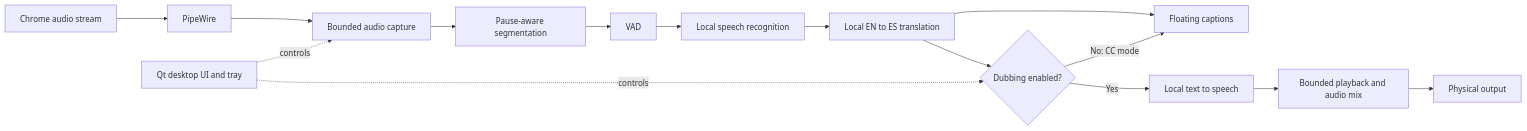
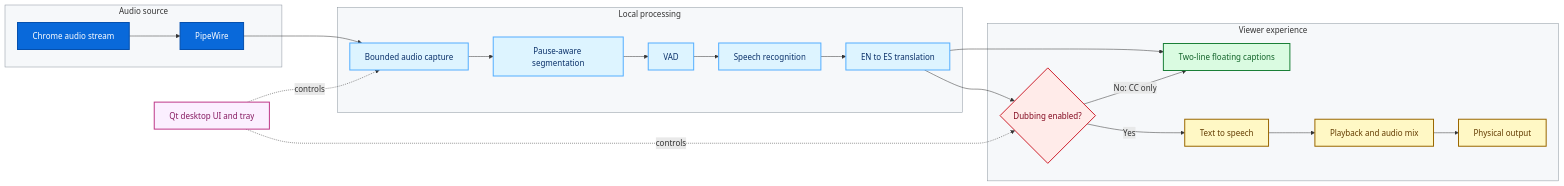
One commit to MAlexVR/OpenDubStream changed the diagram in README.md. Above: the diagram before and after it, drawn with Mermaid.

Commit message:
docs: clarify Mermaid architecture flow

````diff
--- a/README.md
+++ b/README.md
@@ -35,17 +35,49 @@
 ```mermaid
 flowchart LR
-    C[Chrome audio stream] --> P[PipeWire]
-    P --> A[Bounded audio capture]
-    A --> S[Pause-aware segmentation]
-    S --> V[VAD]
-    V --> R[Local speech recognition]
-    R --> T[Local EN to ES translation]
-    T --> F[Floating captions]
-    T --> M{Dubbing enabled?}
-    M -->|Yes| K[Local text to speech]
-    K --> X[Bounded playback and audio mix]
-    X --> O[Physical output]
-    M -->|No: CC mode| F
+    subgraph Input[Audio source]
+        C[Chrome audio stream]
+        P[PipeWire]
+    end
+
+    subgraph Local[Local processing]
+        A[Bounded audio capture]
+        S[Pause-aware segmentation]
+        V[VAD]
+        R[Speech recognition]
+        T[EN to ES translation]
+    end
+
+    subgraph Experience[Viewer experience]
+        F[Two-line floating captions]
+        M{Dubbing enabled?}
+        K[Text to speech]
+        X[Playback and audio mix]
+        O[Physical output]
+    end
+
+    C --> P --> A --> S --> V --> R --> T
+    T --> F
+    T --> M
+    M -->|Yes| K --> X --> O
+    M -->|No: CC only| F
     U[Qt desktop UI and tray] -. controls .-> A
     U -. controls .-> M
+
+    classDef source fill:#0969da,stroke:#0550ae,color:#ffffff,stroke-width:2px
+    classDef processing fill:#ddf4ff,stroke:#54aeff,color:#0a3069,stroke-width:2px
+    classDef captions fill:#dafbe1,stroke:#1a7f37,color:#116329,stroke-width:2px
+    classDef dubbing fill:#fff8c5,stroke:#9a6700,color:#633c01,stroke-width:2px
+    classDef decision fill:#ffebe9,stroke:#cf222e,color:#82071e,stroke-width:2px
+    classDef ui fill:#fbefff,stroke:#bf3989,color:#861a61,stroke-width:2px
+
+    class C,P source
+    class A,S,V,R,T processing
+    class F captions
+    class K,X,O dubbing
+    class M decision
+    class U ui
+
+    style Input fill:#f6f8fa,stroke:#8c959f,stroke-width:1px
+    style Local fill:#f6f8fa,stroke:#8c959f,stroke-width:1px
+    style Experience fill:#f6f8fa,stroke:#8c959f,stroke-width:1px
 ```
````
